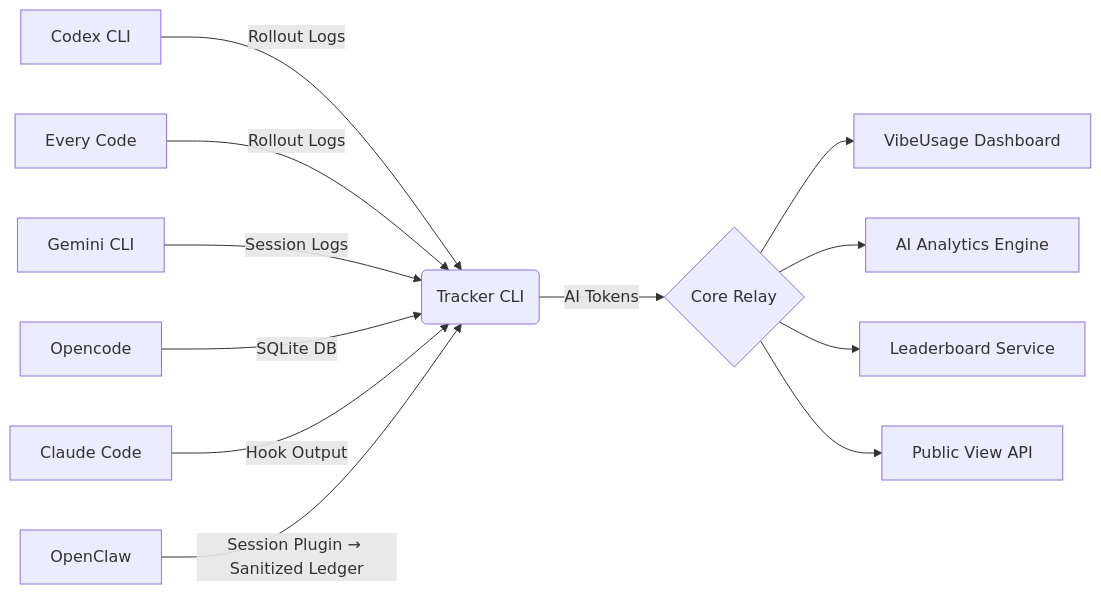
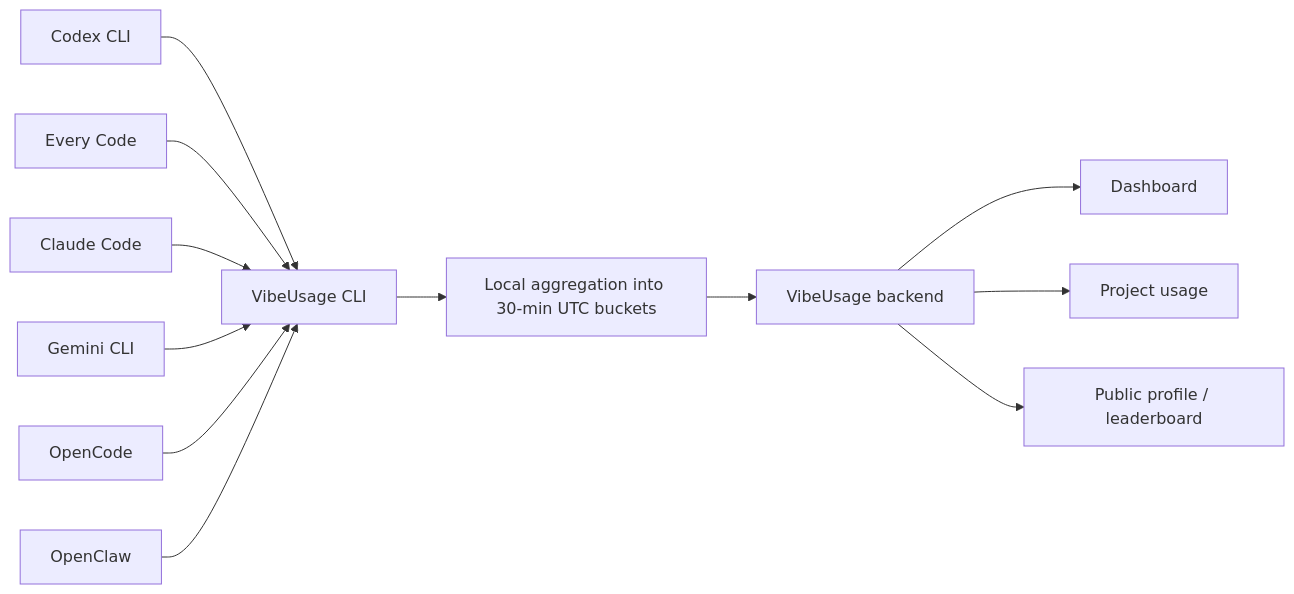
Before and after one commit to Acacia-Ma/vibeusage: the diagram in README.md, drawn with Mermaid. The commit also changed other lines of this file and 2 other files, not shown here.

````diff
--- a/README.md
+++ b/README.md
@@ -205,14 +136,14 @@
 ```mermaid
 graph LR
-    A[Codex CLI] -->|Rollout Logs| G(Tracker CLI)
-    B[Every Code] -->|Rollout Logs| G
-    C[Gemini CLI] -->|Session Logs| G
-    D[Opencode] -->|SQLite DB| G
-    E[Claude Code] -->|Hook Output| G
-    F[OpenClaw] -->|Session Plugin → Sanitized Ledger| G
-    G -->|AI Tokens| H{Core Relay}
-    H --> I[VibeUsage Dashboard]
-    H --> J[AI Analytics Engine]
-    H --> K[Leaderboard Service]
-    H --> L[Public View API]
+    A[Codex CLI] --> G[VibeUsage CLI]
+    B[Every Code] --> G
+    C[Claude Code] --> G
+    D[Gemini CLI] --> G
+    E[OpenCode] --> G
+    F[OpenClaw] --> G
+    G --> H[Local aggregation into 30-min UTC buckets]
+    H --> I[VibeUsage backend]
+    I --> J[Dashboard]
+    I --> K[Project usage]
+    I --> L[Public profile / leaderboard]
 ```
````
